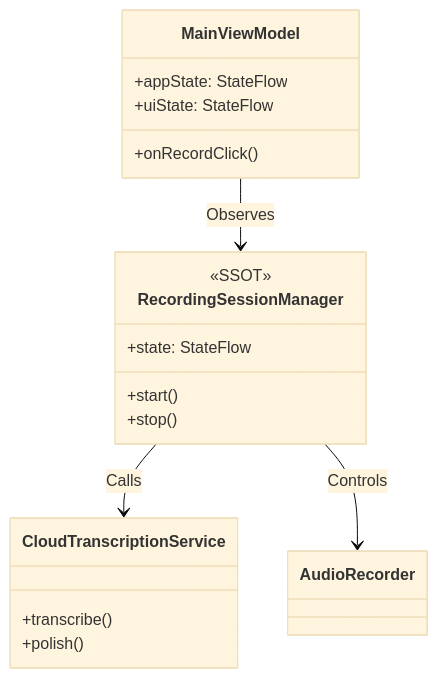
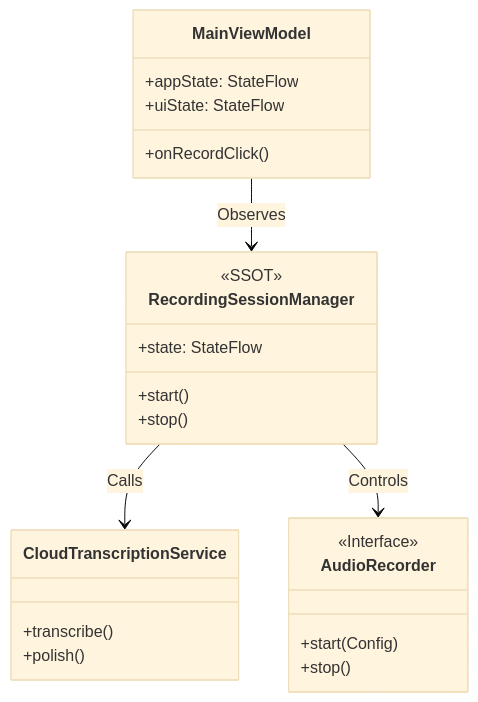
The second of 2 diagrams in README.md (CodePandaaAI/VoDrop), drawn with Mermaid (base theme) before and after one commit. The commit also changed other lines of this file and 1 other file, not shown here.

````diff
--- a/README.md
+++ b/README.md
@@ -97,22 +97,27 @@
 ```mermaid
 classDiagram
     class MainViewModel {
         +appState: StateFlow
         +uiState: StateFlow
         +onRecordClick()
     }
     class RecordingSessionManager {
         <<SSOT>>
         +state: StateFlow
         +start()
         +stop()
     }
     class CloudTranscriptionService {
         +transcribe()
         +polish()
     }
+    class AudioRecorder {
+        <<Interface>>
+        +start(Config)
+        +stop()
+    }
 
     MainViewModel --> RecordingSessionManager : Observes
     RecordingSessionManager --> CloudTranscriptionService : Calls
     RecordingSessionManager --> AudioRecorder : Controls
 ```
````
